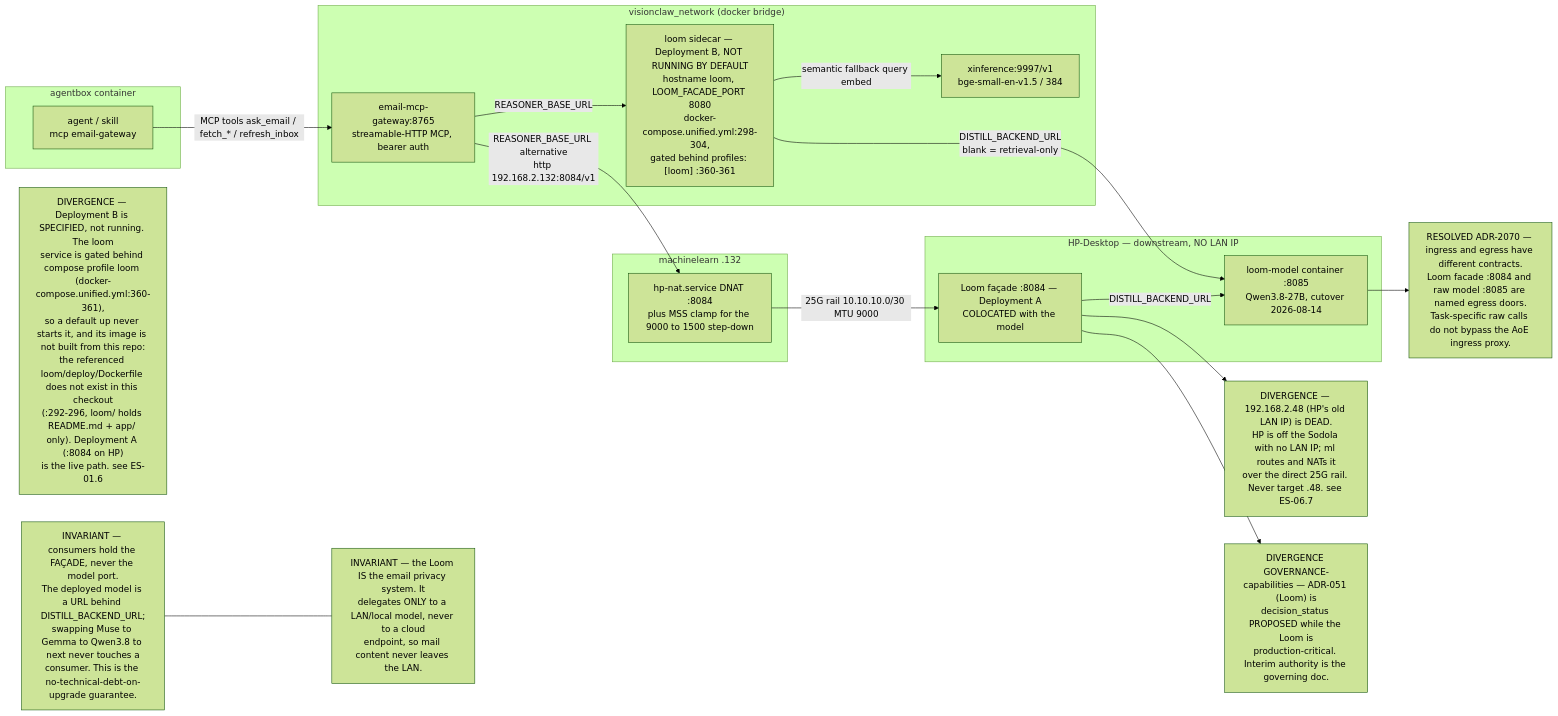
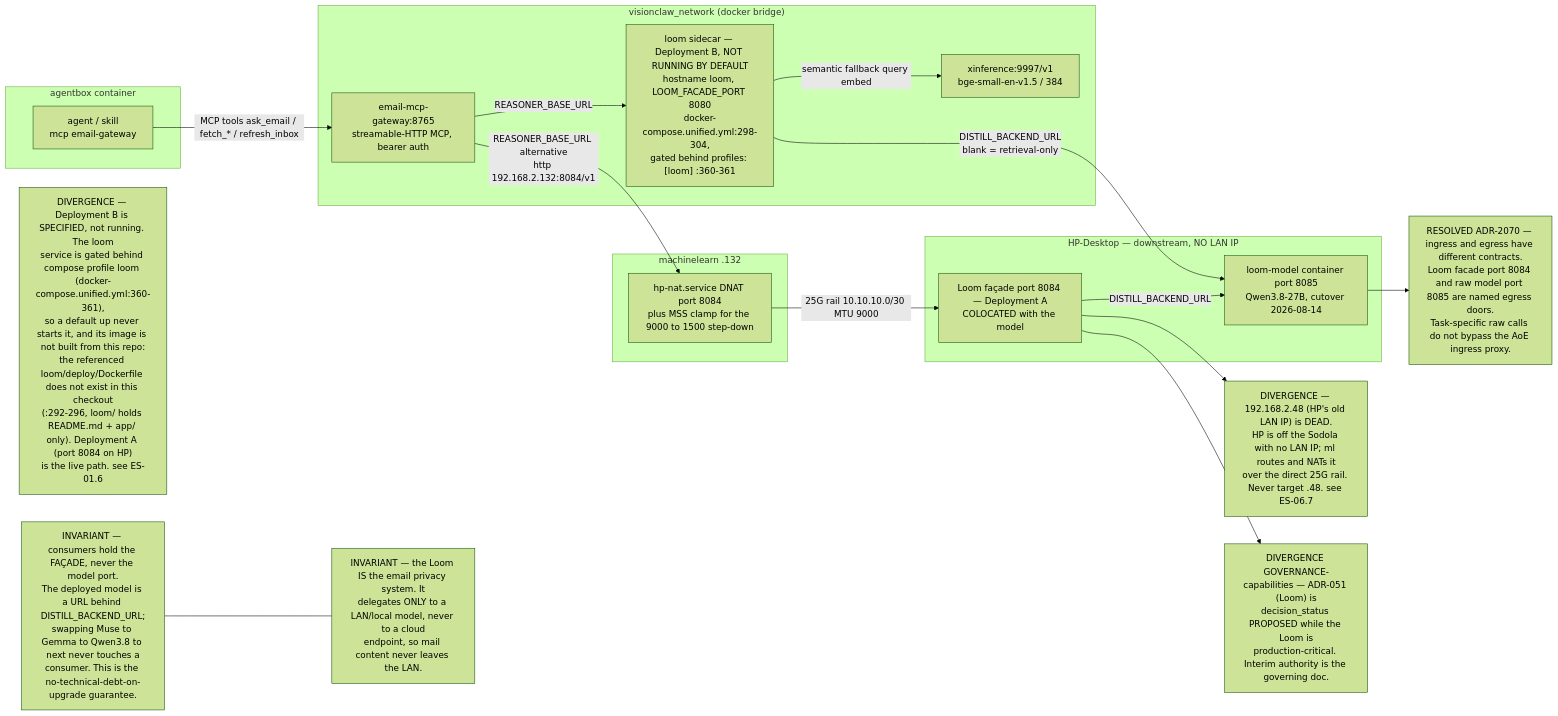
The first of 10 diagrams in docs/diagrams/estate/06-loom-and-email-privacy-path.md (DreamLab-AI/VisionFlow), drawn with Mermaid (forest theme) before and after one commit. The commit also changed other lines of this file and 7 other files, not shown here.

Commit message:
docs(diagrams): bind closeout security and retrieval flows to source

````diff
--- a/docs/diagrams/estate/06-loom-and-email-privacy-path.md
+++ b/docs/diagrams/estate/06-loom-and-email-privacy-path.md
@@ -22,38 +24,38 @@
 ```mermaid
 flowchart LR
     subgraph box["agentbox container"]
         AG["agent / skill<br/>mcp email-gateway"]
     end
     subgraph vcnet["visionclaw_network (docker bridge)"]
         GW["email-mcp-gateway:8765<br/>streamable-HTTP MCP, bearer auth"]
         LOOMB["loom sidecar — Deployment B, NOT RUNNING BY DEFAULT<br/>hostname loom, LOOM_FACADE_PORT 8080<br/>docker-compose.unified.yml:298-304,<br/>gated behind profiles: [loom] :360-361"]
         XI["xinference:9997/v1<br/>bge-small-en-v1.5 / 384"]
     end
     subgraph ml["machinelearn .132"]
-        DNAT["hp-nat.service DNAT :8084<br/>plus MSS clamp for the 9000 to 1500 step-down"]
+        DNAT["hp-nat.service DNAT port 8084<br/>plus MSS clamp for the 9000 to 1500 step-down"]
     end
     subgraph hp["HP-Desktop — downstream, NO LAN IP"]
-        LOOMA["Loom façade :8084 — Deployment A<br/>COLOCATED with the model"]
-        MODEL["loom-model container :8085<br/>Qwen3.8-27B, cutover 2026-08-14"]
+        LOOMA["Loom façade port 8084 — Deployment A<br/>COLOCATED with the model"]
+        MODEL["loom-model container port 8085<br/>Qwen3.8-27B, cutover 2026-08-14"]
     end
 
     AG -- "MCP tools ask_email / fetch_* / refresh_inbox" --> GW
     GW -- "REASONER_BASE_URL" --> LOOMB
     GW -- "REASONER_BASE_URL alternative<br/>http 192.168.2.132:8084/v1" --> DNAT
     DNAT -- "25G rail 10.10.10.0/30 MTU 9000" --> LOOMA
     LOOMA -- "DISTILL_BACKEND_URL" --> MODEL
     LOOMB -- "DISTILL_BACKEND_URL<br/>blank = retrieval-only" --> MODEL
     LOOMB -- "semantic fallback query embed" --> XI
 
     INV1["INVARIANT — consumers hold the FAÇADE, never the model port.<br/>The deployed model is a URL behind DISTILL_BACKEND_URL;<br/>swapping Muse to Gemma to Qwen3.8 to next never touches a<br/>consumer. This is the no-technical-debt-on-upgrade guarantee."]
     INV2["INVARIANT — the Loom IS the email privacy system. It<br/>delegates ONLY to a LAN/local model, never to a cloud<br/>endpoint, so mail content never leaves the LAN."]
-    DIV0["DIVERGENCE — Deployment B is SPECIFIED, not running. The loom<br/>service is gated behind compose profile loom (docker-compose.unified.yml:360-361),<br/>so a default up never starts it, and its image is not built from this repo:<br/>the referenced loom/deploy/Dockerfile does not exist in this checkout<br/>(:292-296, loom/ holds README.md + app/ only). Deployment A (:8084 on HP)<br/>is the live path. see ES-01.6"]
+    DIV0["DIVERGENCE — Deployment B is SPECIFIED, not running. The loom<br/>service is gated behind compose profile loom (docker-compose.unified.yml:360-361),<br/>so a default up never starts it, and its image is not built from this repo:<br/>the referenced loom/deploy/Dockerfile does not exist in this checkout<br/>(:292-296, loom/ holds README.md + app/ only). Deployment A (port 8084 on HP)<br/>is the live path. see ES-01.6"]
     DIV1["DIVERGENCE — 192.168.2.48 (HP's old LAN IP) is DEAD.<br/>HP is off the Sodola with no LAN IP; ml routes and NATs it<br/>over the direct 25G rail. Never target .48. see ES-06.7"]
     DIV2["DIVERGENCE GOVERNANCE-capabilities — ADR-051 (Loom) is<br/>decision_status PROPOSED while the Loom is<br/>production-critical. Interim authority is the governing doc."]
-    DIV3["RESOLVED ADR-2070 — ingress and egress have different contracts.<br/>Loom facade :8084 and raw model :8085 are named egress doors.<br/>Task-specific raw calls do not bypass the AoE ingress proxy."]
+    DIV3["RESOLVED ADR-2070 — ingress and egress have different contracts.<br/>Loom facade port 8084 and raw model port 8085 are named egress doors.<br/>Task-specific raw calls do not bypass the AoE ingress proxy."]
 
     INV1 --- INV2
     LOOMA --> DIV1
     LOOMA --> DIV2
     MODEL --> DIV3
 ```
````
